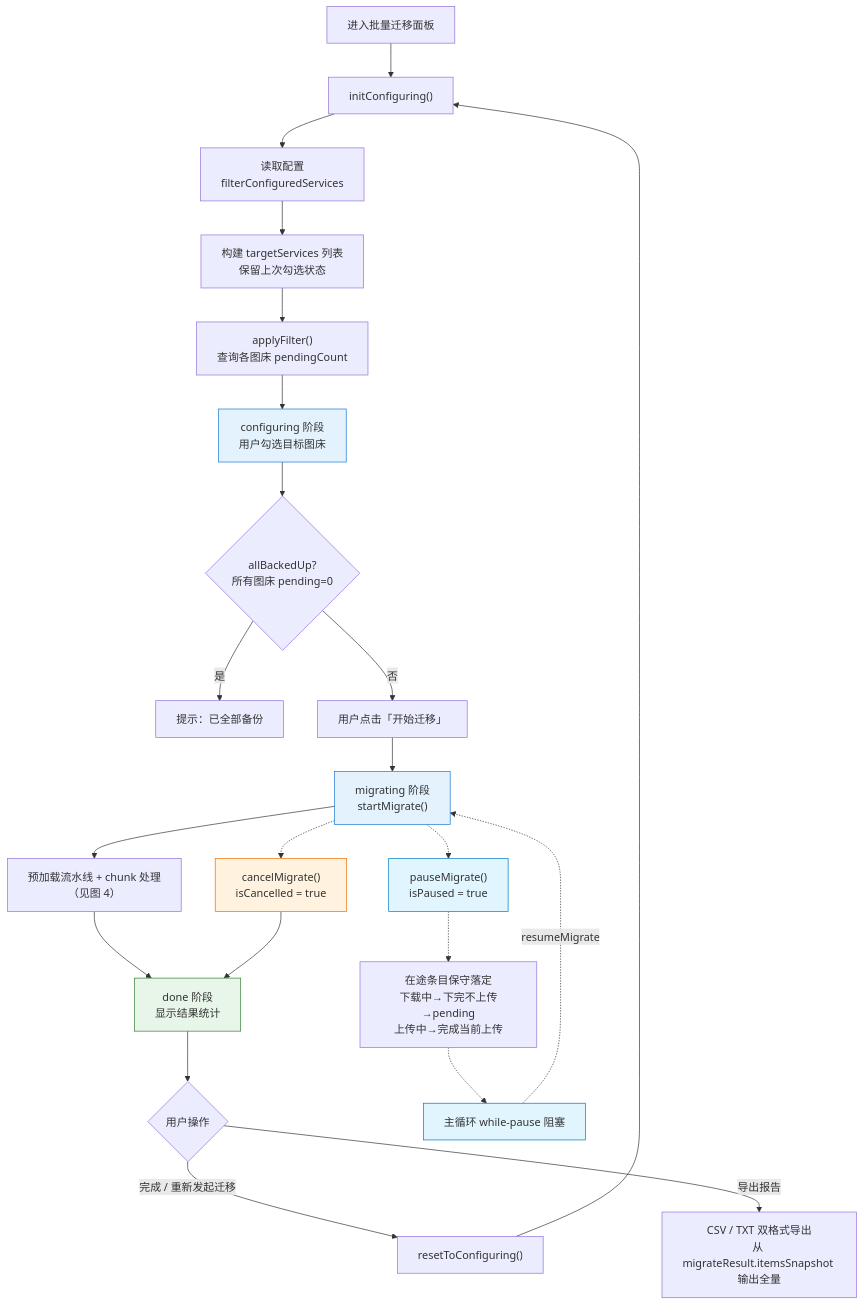
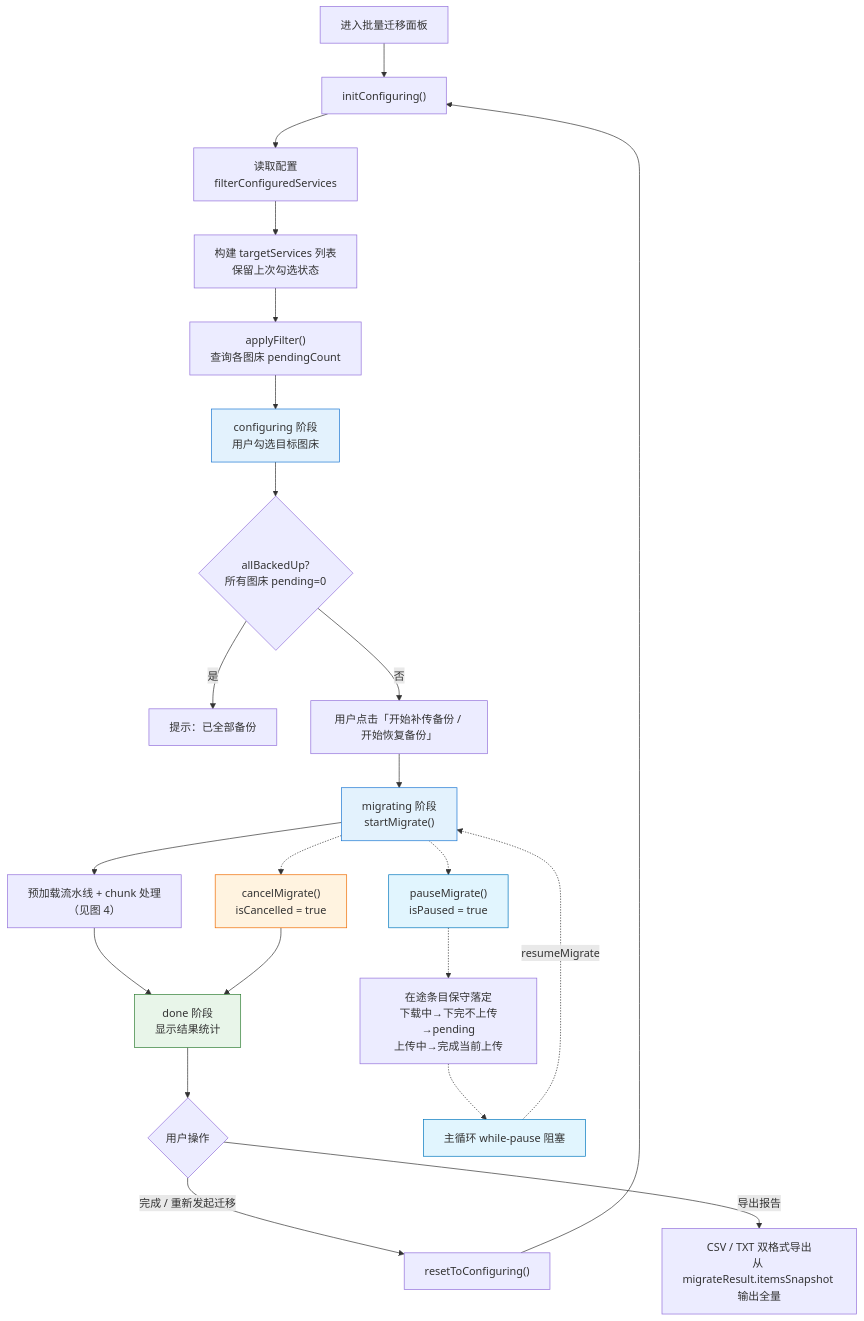
The first of 5 diagrams in docs/flows/batch-migrate-flow.md (joeyliu6/PicNexus), drawn with Mermaid before and after one commit. The commit also changed other lines of this file, not shown here.

````diff
--- a/docs/flows/batch-migrate-flow.md
+++ b/docs/flows/batch-migrate-flow.md
@@ -25,38 +25,38 @@
 ```mermaid
 flowchart TD
     A["进入批量迁移面板"] --> B["initConfiguring()"]
     B --> C["读取配置<br/>filterConfiguredServices"]
     C --> D["构建 targetServices 列表<br/>保留上次勾选状态"]
     D --> E["applyFilter()<br/>查询各图床 pendingCount"]
     E --> F["configuring 阶段<br/>用户勾选目标图床"]
 
     F --> G{allBackedUp?<br/>所有图床 pending=0}
     G -- 是 --> G1["提示：已全部备份"]
-    G -- 否 --> H["用户点击「开始迁移」"]
+    G -- 否 --> H["用户点击「开始补传备份 / 开始恢复备份」"]
 
     H --> I["migrating 阶段<br/>startMigrate()"]
     I --> J["预加载流水线 + chunk 处理<br/>（见图 4）"]
     J --> K["done 阶段<br/>显示结果统计"]
 
     K --> L{用户操作}
     L -- "完成 / 重新发起迁移" --> N["resetToConfiguring()"]
     N --> B
     L -- "导出报告" --> EX["CSV / TXT 双格式导出<br/>从 migrateResult.itemsSnapshot 输出全量"]
 
     %% 暂停 / 恢复（保守策略：在途条目落定后主循环阻塞）
     I -.-> P["pauseMigrate()<br/>isPaused = true"]
     P -.-> P1["在途条目保守落定<br/>下载中→下完不上传→pending<br/>上传中→完成当前上传"]
     P1 -.-> P2["主循环 while-pause 阻塞"]
     P2 -.-> |resumeMigrate| I
 
     %% 取消
     I -.-> O["cancelMigrate()<br/>isCancelled = true"]
     O --> K
 
     style F fill:#e3f2fd,stroke:#1976d2
     style I fill:#e3f2fd,stroke:#1976d2
     style K fill:#e8f5e9,stroke:#2e7d32
     style O fill:#fff3e0,stroke:#ef6c00
     style P fill:#e1f5fe,stroke:#0277bd
     style P2 fill:#e1f5fe,stroke:#0277bd
 ```
````
